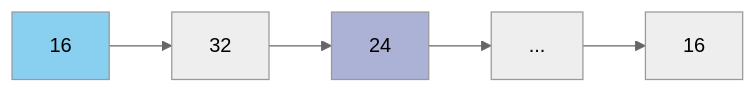
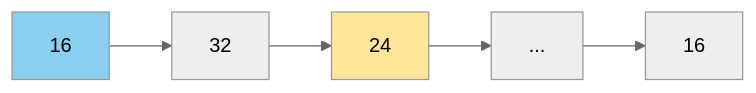
One commit to Budnarae/budnarae_archive changed the second of 5 diagrams in content/posts/avl_tree.md. Above: the diagram before and after it, drawn with Mermaid (neutral theme). The commit also changed other lines of this file, not shown here.

````diff
--- a/content/posts/avl_tree.md
+++ b/content/posts/avl_tree.md
@@ -34,9 +34,9 @@
 ```mermaid
 graph LR
 	style A fill:#89cff0
-	style C fill:#acb1d6
+	style C fill:#ffe599
 	A[16]  -->  B[32]
 	B  -->  C[24]
 	C  -->  D[...]
 	D  -->  E[16]
-```
+```  
````
